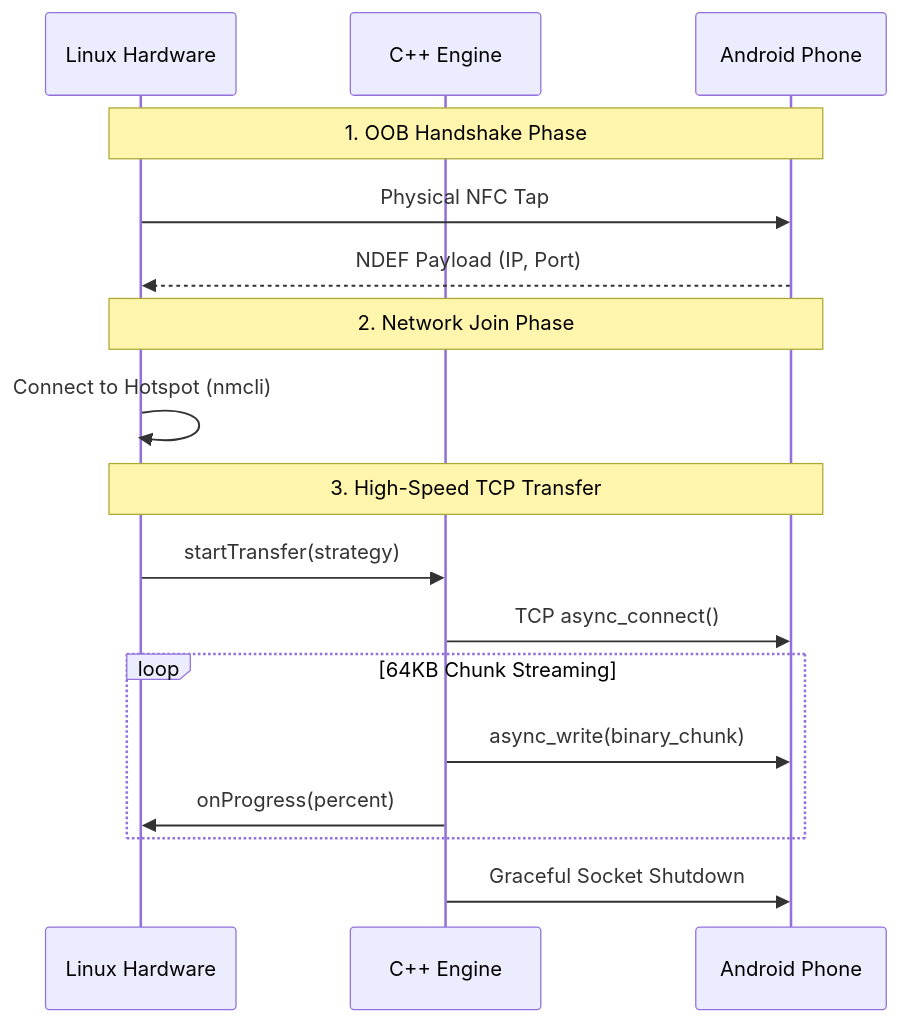
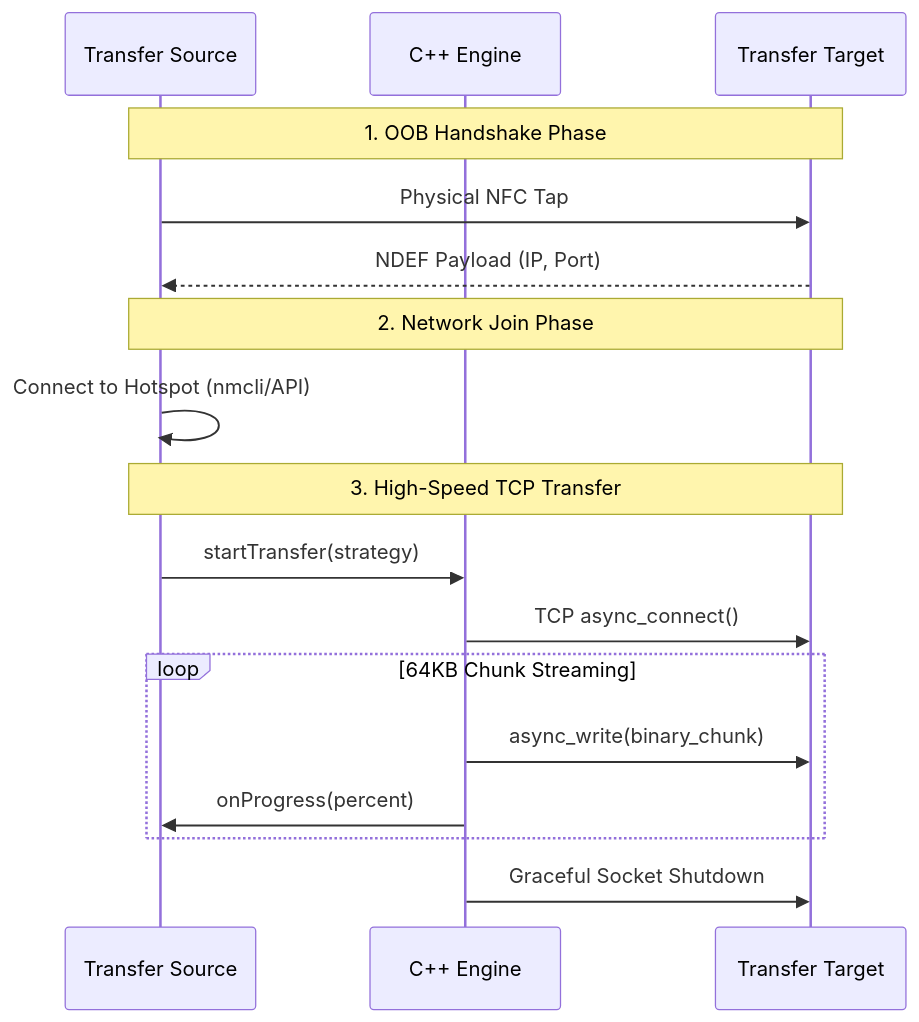
One commit to nilay007hckkr/Anyshare changed the diagram in README.md. Above: the diagram before and after it, drawn with Mermaid. The commit also changed other lines of this file and 4 other files, not shown here.

````diff
--- a/README.md
+++ b/README.md
@@ -59,22 +87,22 @@
 ```mermaid
 sequenceDiagram
-    participant Linux as Linux Hardware
+    participant Source as Transfer Source
     participant Engine as C++ Engine
-    participant Android as Android Phone
+    participant Target as Transfer Target
 
-    Note over Linux,Android: 1. OOB Handshake Phase
-    Linux->>Android: Physical NFC Tap
-    Android-->>Linux: NDEF Payload (IP, Port)
+    Note over Source,Target: 1. OOB Handshake Phase
+    Source->>Target: Physical NFC Tap
+    Target-->>Source: NDEF Payload (IP, Port)
     
-    Note over Linux,Android: 2. Network Join Phase
-    Linux->>Linux: Connect to Hotspot (nmcli)
+    Note over Source,Target: 2. Network Join Phase
+    Source->>Source: Connect to Hotspot (nmcli/API)
     
-    Note over Linux,Android: 3. High-Speed TCP Transfer
-    Linux->>Engine: startTransfer(strategy)
-    Engine->>Android: TCP async_connect()
+    Note over Source,Target: 3. High-Speed TCP Transfer
+    Source->>Engine: startTransfer(strategy)
+    Engine->>Target: TCP async_connect()
     loop 64KB Chunk Streaming
-        Engine->>Android: async_write(binary_chunk)
-        Engine->>Linux: onProgress(percent)
+        Engine->>Target: async_write(binary_chunk)
+        Engine->>Source: onProgress(percent)
     end
-    Engine->>Android: Graceful Socket Shutdown
+    Engine->>Target: Graceful Socket Shutdown
 ```
````
